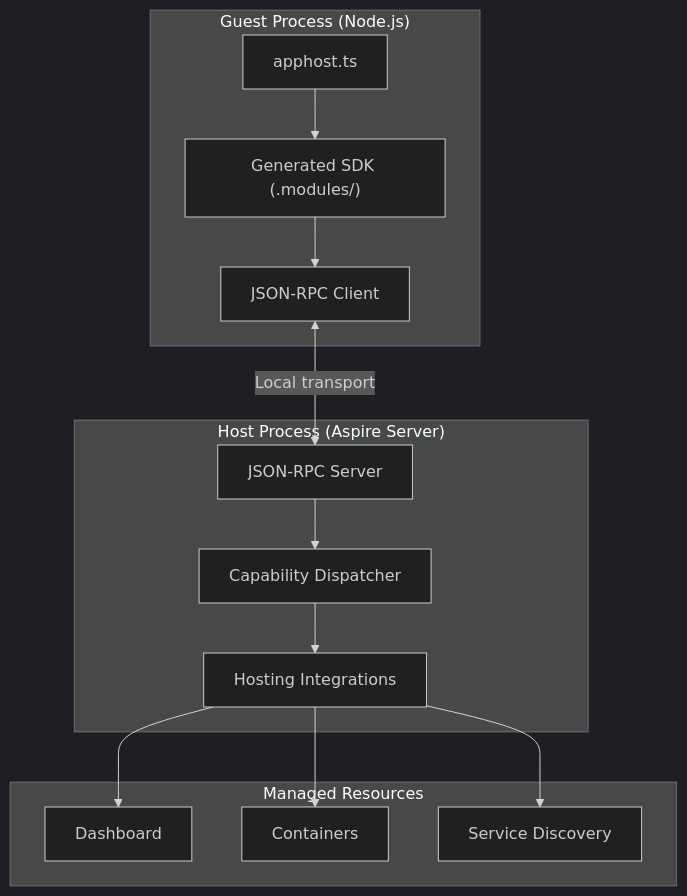
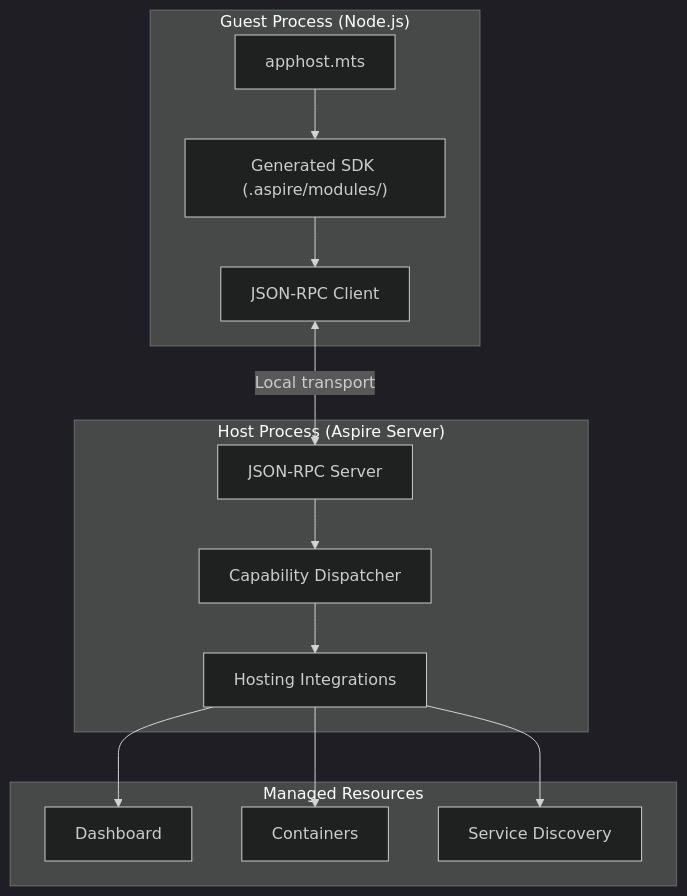
One commit to microsoft/aspire.dev changed the diagram in src/frontend/src/content/docs/architecture/multi-language-architecture.mdx. Above: the diagram before and after it, drawn with Mermaid (dark theme). The commit also changed other lines of this file and 159 other files, not shown here.

````diff
--- a/src/frontend/src/content/docs/architecture/multi-language-architecture.mdx
+++ b/src/frontend/src/content/docs/architecture/multi-language-architecture.mdx
@@ -26,25 +26,25 @@
 ```mermaid
 flowchart TB
     subgraph Guest["Guest Process (Node.js)"]
-        TS["apphost.ts"]
-        SDK["Generated SDK (.modules/)"]
+        TS["apphost.mts"]
+        SDK["Generated SDK (.aspire/modules/)"]
         Client["JSON-RPC Client"]
         TS --> SDK --> Client
     end
 
     subgraph Host["Host Process (Aspire Server)"]
         RPC["JSON-RPC Server"]
         Dispatcher["Capability Dispatcher"]
         Integrations["Hosting Integrations"]
         RPC --> Dispatcher --> Integrations
     end
 
     subgraph Managed["Managed Resources"]
         Dashboard["Dashboard"]
         Containers["Containers"]
         Discovery["Service Discovery"]
     end
 
     Client <-->|"Local transport"| RPC
     Integrations --> Dashboard & Containers & Discovery
 ```
````
